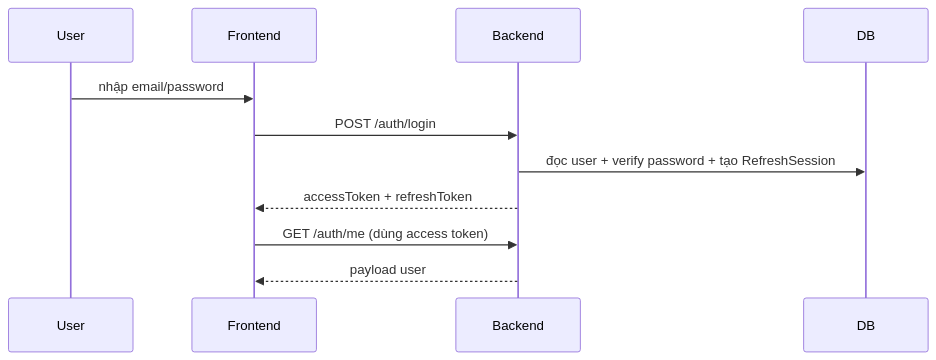
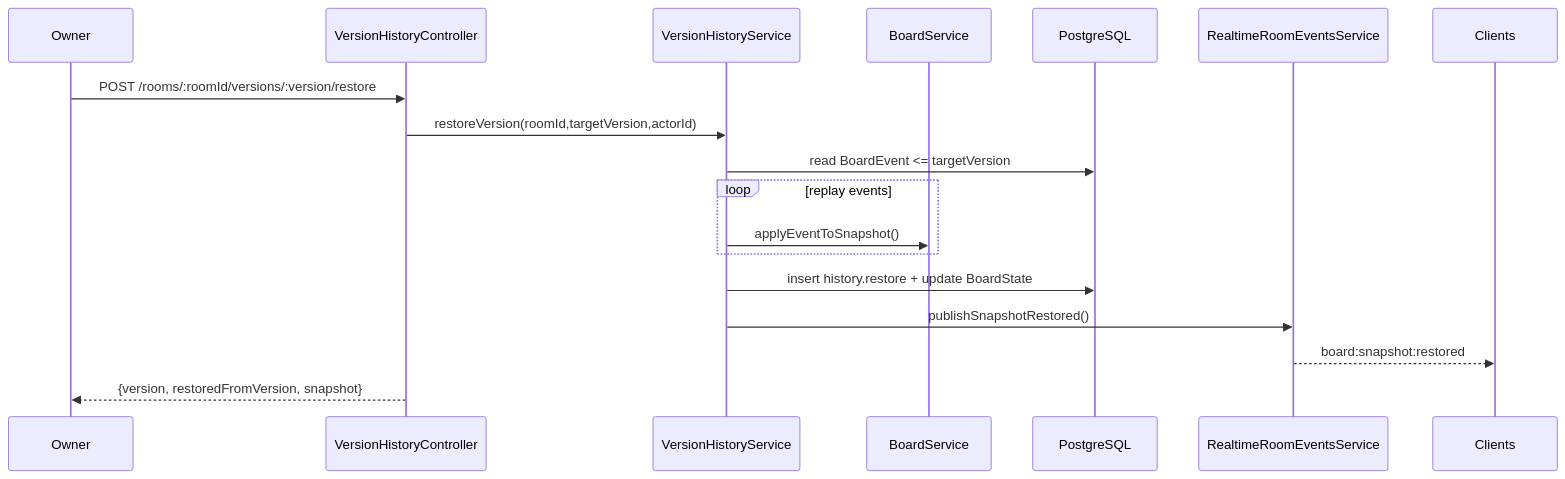
The tenth of 19 diagrams in REPO_REPORT.md (phapsucongu/white-board), drawn with Mermaid before and after one commit. The commit also changed other lines of this file, not shown here.

````diff
--- a/REPO_REPORT.md
+++ b/REPO_REPORT.md
@@ -470,14 +538,21 @@
 ```mermaid
 sequenceDiagram
-    participant User
-    participant Frontend
-    participant Backend
-    participant DB
+  participant Owner
+  participant API as VersionHistoryController
+  participant Service as VersionHistoryService
+  participant Board as BoardService
+  participant DB as PostgreSQL
+  participant RT as RealtimeRoomEventsService
+  participant Clients
 
-    User->>Frontend: nhập email/password
-    Frontend->>Backend: POST /auth/login
-    Backend->>DB: đọc user + verify password + tạo RefreshSession
-    Backend-->>Frontend: accessToken + refreshToken
-    Frontend->>Backend: GET /auth/me (dùng access token)
-    Backend-->>Frontend: payload user
+  Owner->>API: POST /rooms/:roomId/versions/:version/restore
+  API->>Service: restoreVersion(roomId,targetVersion,actorId)
+  Service->>DB: read BoardEvent <= targetVersion
+  loop replay events
+    Service->>Board: applyEventToSnapshot()
+  end
+  Service->>DB: insert history.restore + update BoardState
+  Service->>RT: publishSnapshotRestored()
+  RT-->>Clients: board:snapshot:restored
+  API-->>Owner: {version, restoredFromVersion, snapshot}
 ```
````
